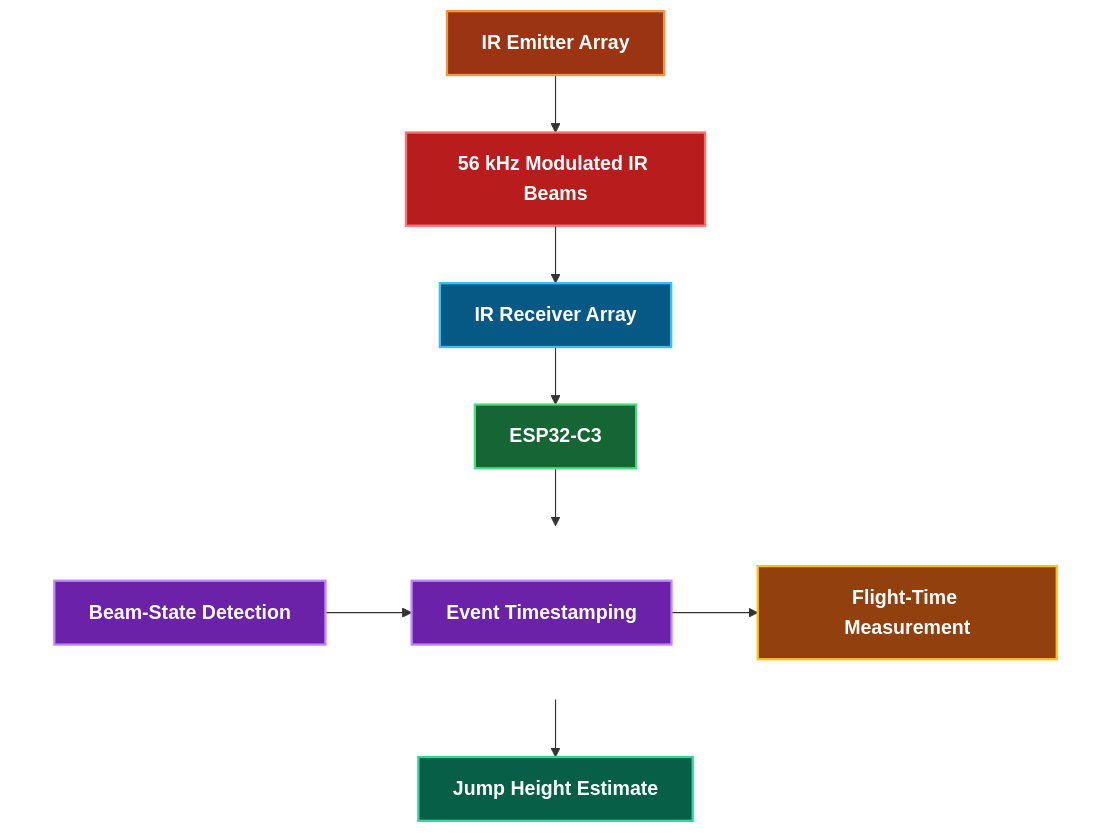
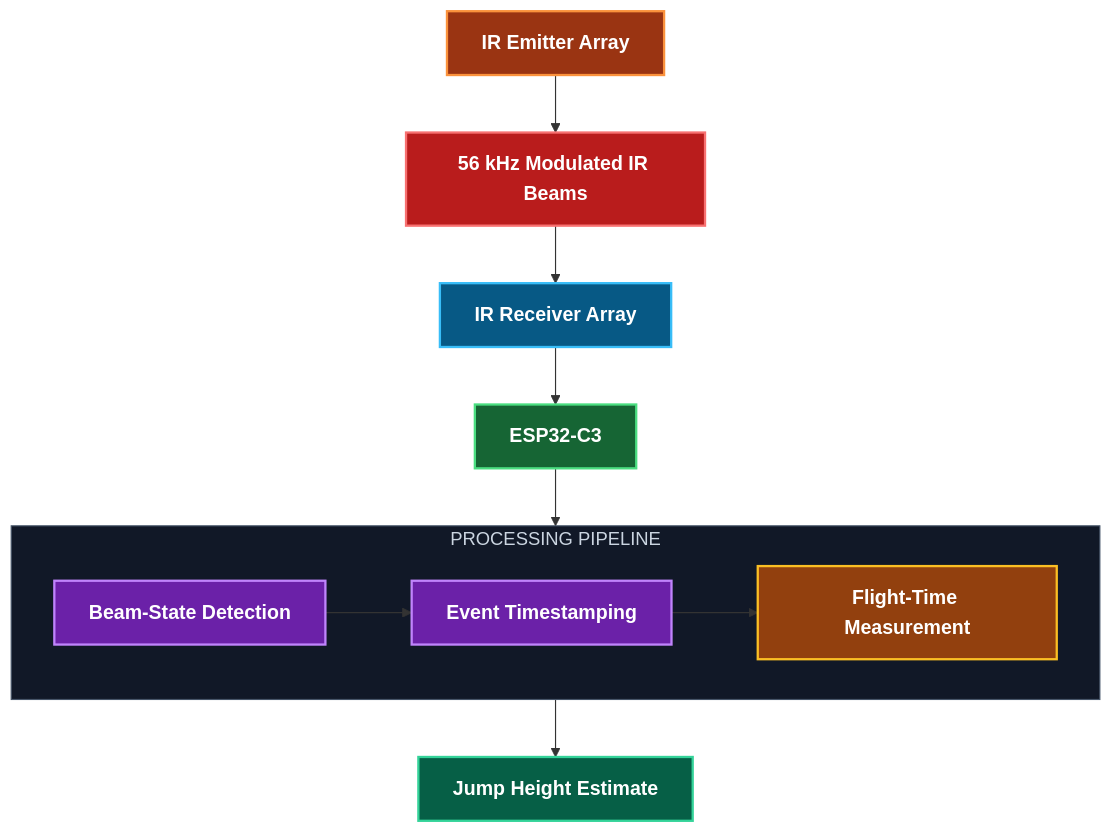
One commit to ah-789/optical-jump-measurement-system changed the diagram in README.md. Above: the diagram before and after it, drawn with Mermaid.

Commit message:
update diagram

````diff
--- a/README.md
+++ b/README.md
@@ -18,35 +18,36 @@
 ```mermaid
 flowchart TD
 
     A[IR Emitter Array]:::emitter
     H[56 kHz Modulated IR Beams]:::beam
     B[IR Receiver Array]:::receiver
     C[ESP32-C3]:::controller
+    G[Jump Height Estimate]:::output
 
-    subgraph PROCESSING[" "]
+    subgraph PIPELINE["PROCESSING PIPELINE"]
         direction LR
+
         D[Beam-State Detection]:::processing
         E[Event Timestamping]:::processing
         F[Flight-Time Measurement]:::measurement
 
         D --> E --> F
     end
 
-    G[Jump Height Estimate]:::output
-
     A --> H
     H --> B
     B --> C
-    C --> D
-    F --> G
+
+    C --> PIPELINE
+    PIPELINE --> G
 
     classDef emitter fill:#9A3412,stroke:#FB923C,stroke-width:2px,color:#FFFFFF,font-size:17px,font-weight:bold;
     classDef beam fill:#B91C1C,stroke:#F87171,stroke-width:2px,color:#FFFFFF,font-size:17px,font-weight:bold;
     classDef receiver fill:#075985,stroke:#38BDF8,stroke-width:2px,color:#FFFFFF,font-size:17px,font-weight:bold;
     classDef controller fill:#166534,stroke:#4ADE80,stroke-width:2px,color:#FFFFFF,font-size:17px,font-weight:bold;
     classDef processing fill:#6B21A8,stroke:#C084FC,stroke-width:2px,color:#FFFFFF,font-size:17px,font-weight:bold;
     classDef measurement fill:#92400E,stroke:#FBBF24,stroke-width:2px,color:#FFFFFF,font-size:17px,font-weight:bold;
     classDef output fill:#065F46,stroke:#34D399,stroke-width:2px,color:#FFFFFF,font-size:17px,font-weight:bold;
 
-    style PROCESSING fill:transparent,stroke:transparent
+    style PIPELINE fill:#111827,stroke:#475569,stroke-width:1px,color:#CBD5E1
 ```
````
